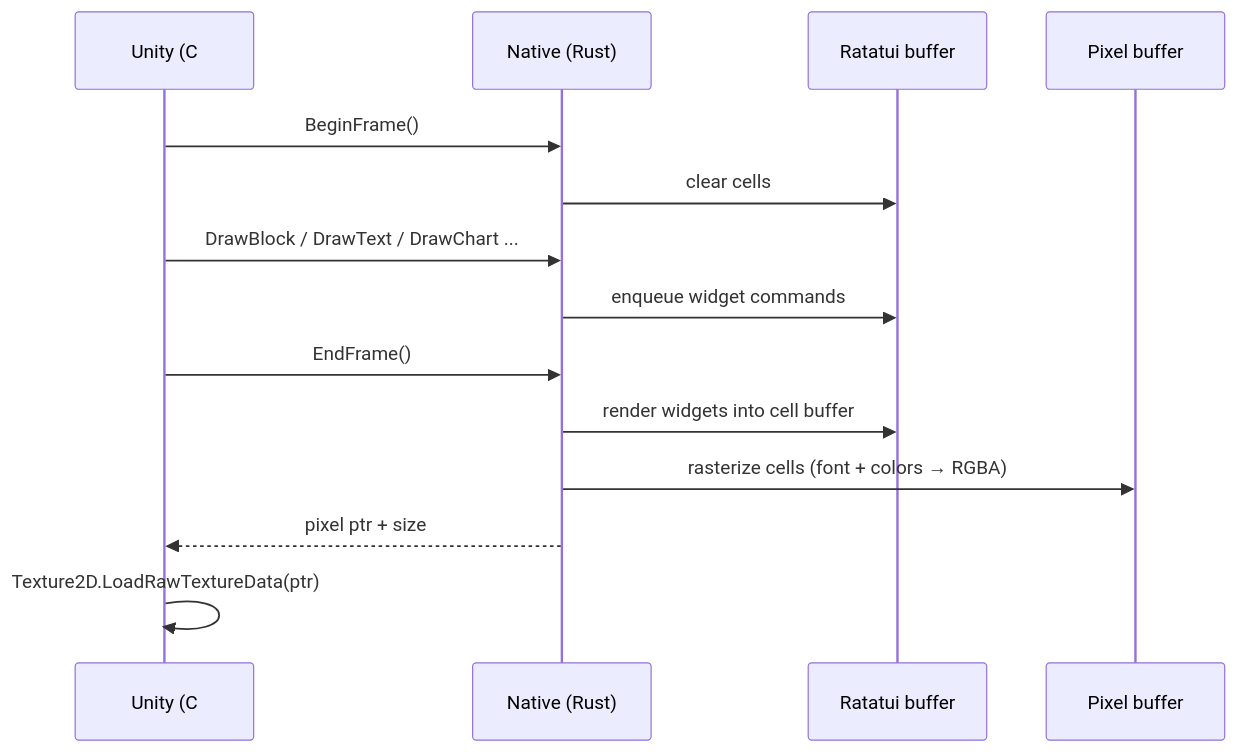
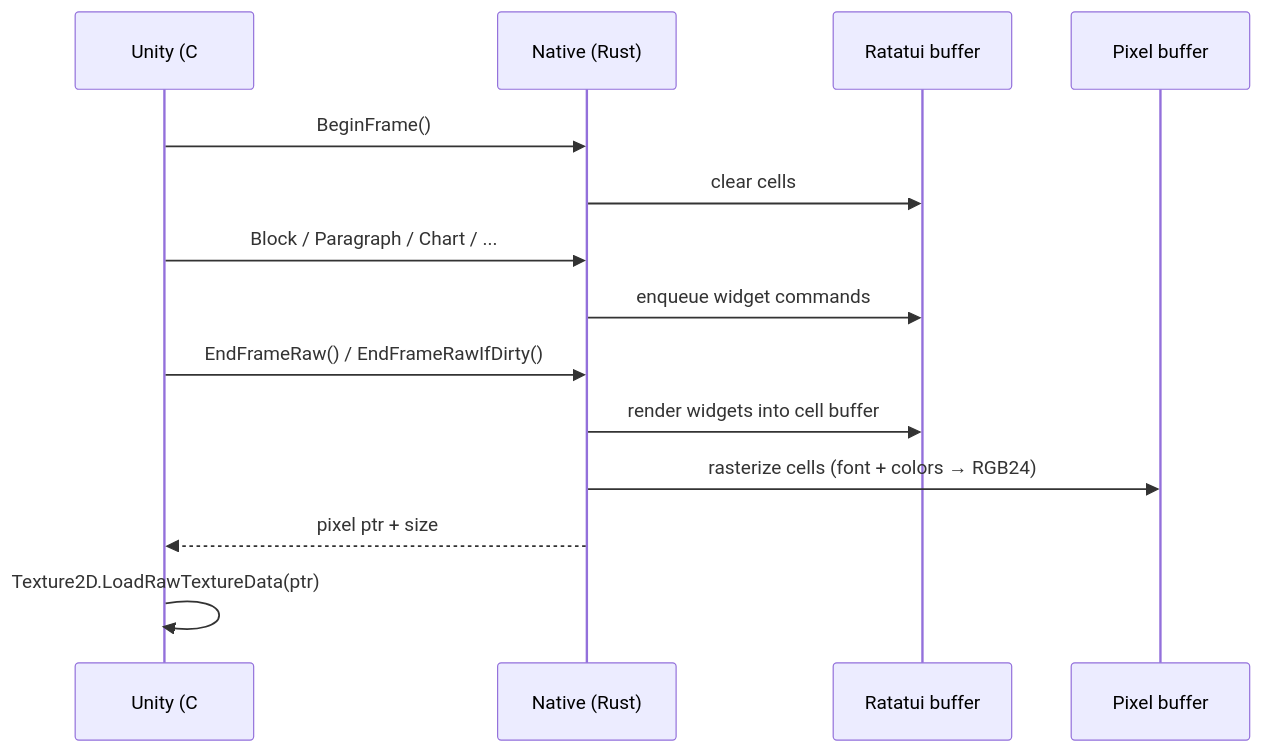
The diagram in docs/articles/architecture.md (farukcan/ratatui-unity), drawn with Mermaid before and after one commit. The commit also changed other lines of this file and 7 other files, not shown here.

````diff
--- a/docs/articles/architecture.md
+++ b/docs/articles/architecture.md
@@ -10,17 +10,17 @@
 ```mermaid
 sequenceDiagram
     participant U as Unity (C#)
     participant N as Native (Rust)
     participant R as Ratatui buffer
     participant P as Pixel buffer
 
     U->>N: BeginFrame()
     N->>R: clear cells
-    U->>N: DrawBlock / DrawText / DrawChart ...
+    U->>N: Block / Paragraph / Chart / ...
     N->>R: enqueue widget commands
-    U->>N: EndFrame()
+    U->>N: EndFrameRaw() / EndFrameRawIfDirty()
     N->>R: render widgets into cell buffer
-    N->>P: rasterize cells (font + colors → RGBA)
+    N->>P: rasterize cells (font + colors → RGB24)
     N-->>U: pixel ptr + size
     U->>U: Texture2D.LoadRawTextureData(ptr)
 ```
````
